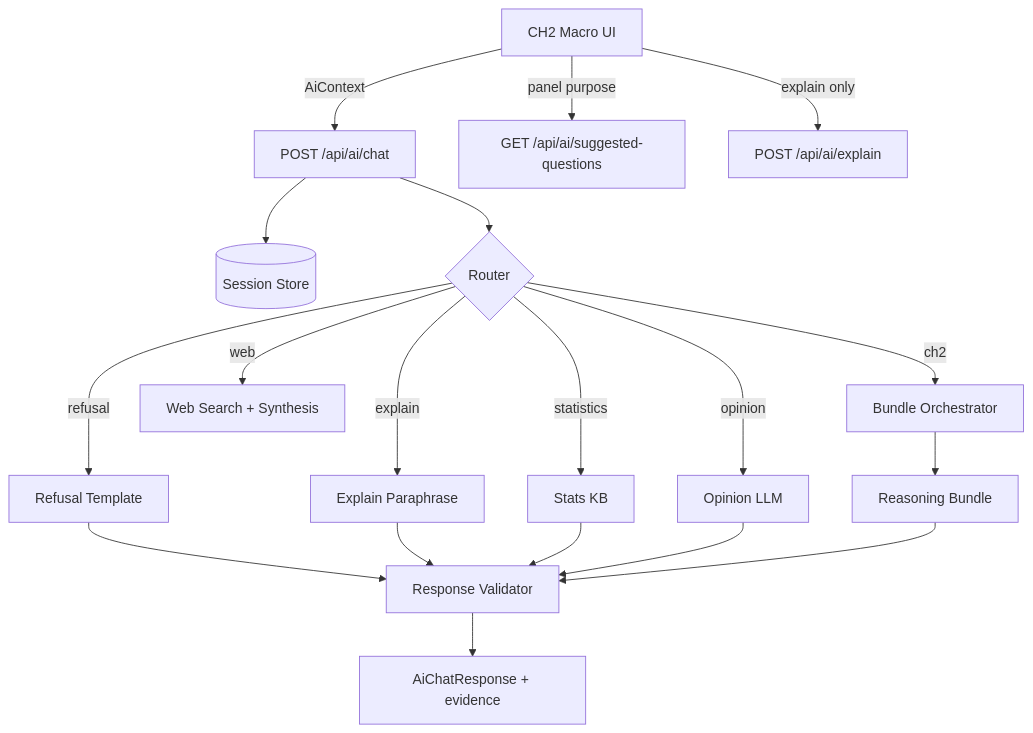
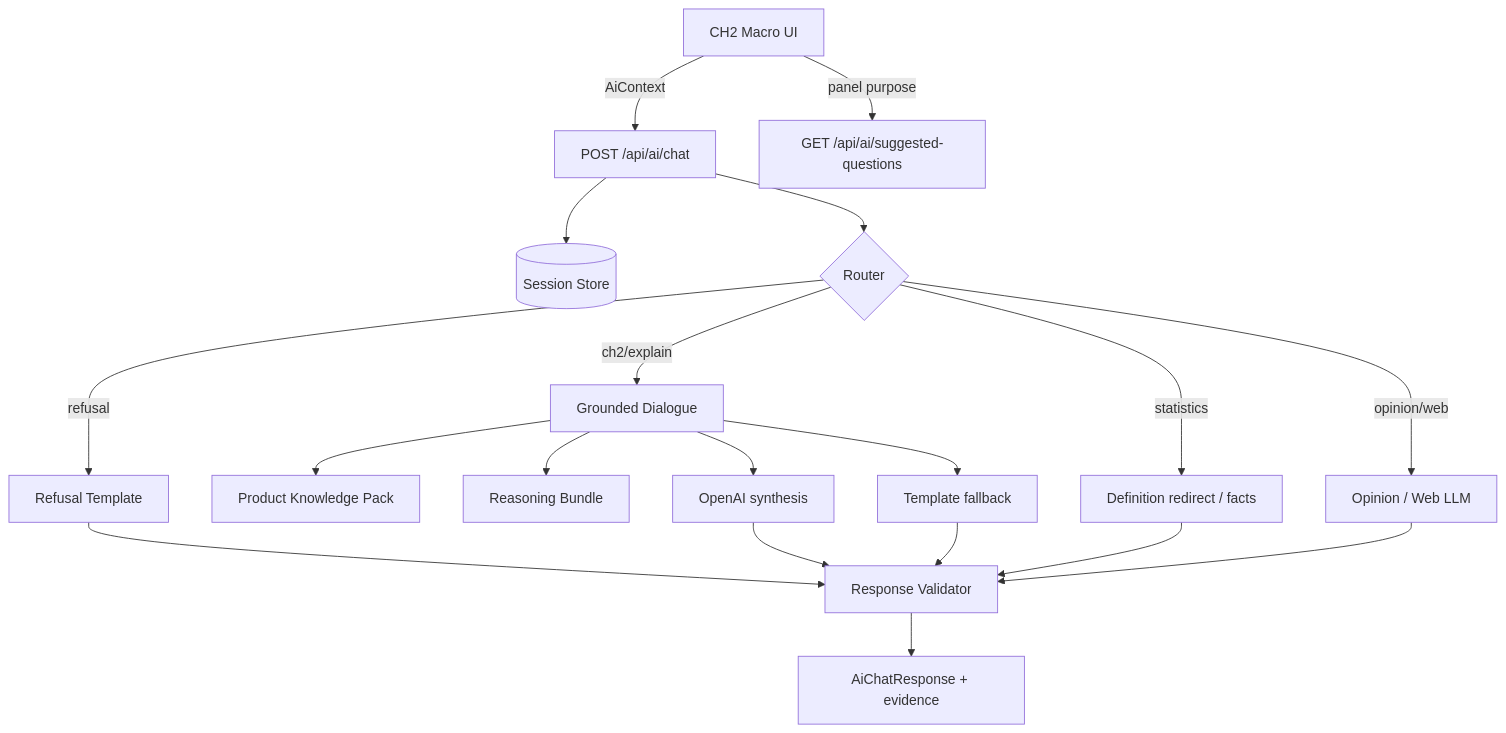
One commit to takyoungj-sketch/ch2_Macro changed the diagram in docs/CH2_AI_ARCHITECTURE.md. Above: the diagram before and after it, drawn with Mermaid. The commit also changed other lines of this file and 98 other files, not shown here.

````diff
--- a/docs/CH2_AI_ARCHITECTURE.md
+++ b/docs/CH2_AI_ARCHITECTURE.md
@@ -9,21 +9,21 @@
 ```mermaid
 flowchart TB
   UI[CH2 Macro UI] -->|AiContext| Chat["POST /api/ai/chat"]
   UI -->|panel purpose| Suggest["GET /api/ai/suggested-questions"]
-  UI -->|explain only| Explain["POST /api/ai/explain"]
   Chat --> Session[(Session Store)]
   Chat --> Classify{Router}
   Classify -->|refusal| Ref[Refusal Template]
-  Classify -->|ch2| Orch[Bundle Orchestrator]
-  Classify -->|explain| Exp[Explain Paraphrase]
-  Classify -->|statistics| KB[Stats KB]
-  Classify -->|opinion| Op[Opinion LLM]
-  Classify -->|web| Web[Web Search + Synthesis]
-  Orch --> Bundle[Reasoning Bundle]
-  Ref --> Val[Response Validator]
-  Exp --> Val
-  KB --> Val
-  Op --> Val
-  Bundle --> Val
+  Classify -->|ch2/explain| Synth[Grounded Dialogue]
+  Classify -->|statistics| Stat[Definition redirect / facts]
+  Classify -->|opinion/web| Other[Opinion / Web LLM]
+  Synth --> PK[Product Knowledge Pack]
+  Synth --> Bundle[Reasoning Bundle]
+  Synth --> LLM[OpenAI synthesis]
+  Synth --> Fallback[Template fallback]
+  LLM --> Val[Response Validator]
+  Stat --> Val
+  Ref --> Val
+  Other --> Val
+  Fallback --> Val
   Val --> Out[AiChatResponse + evidence]
 ```
````
